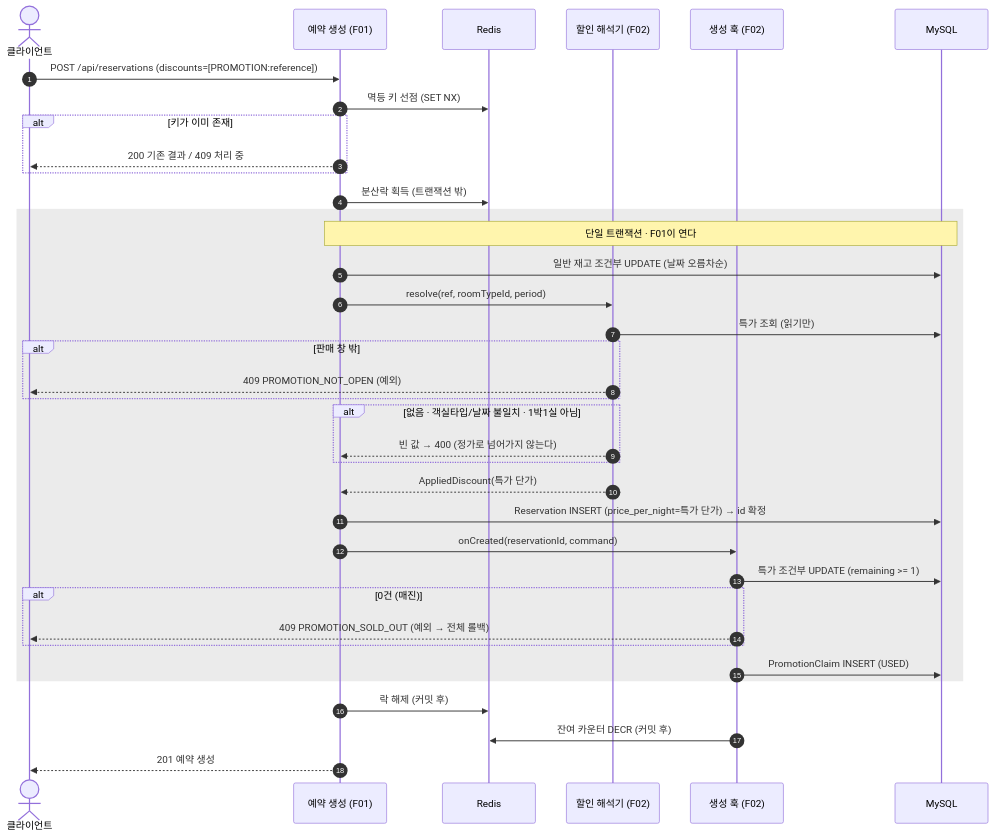
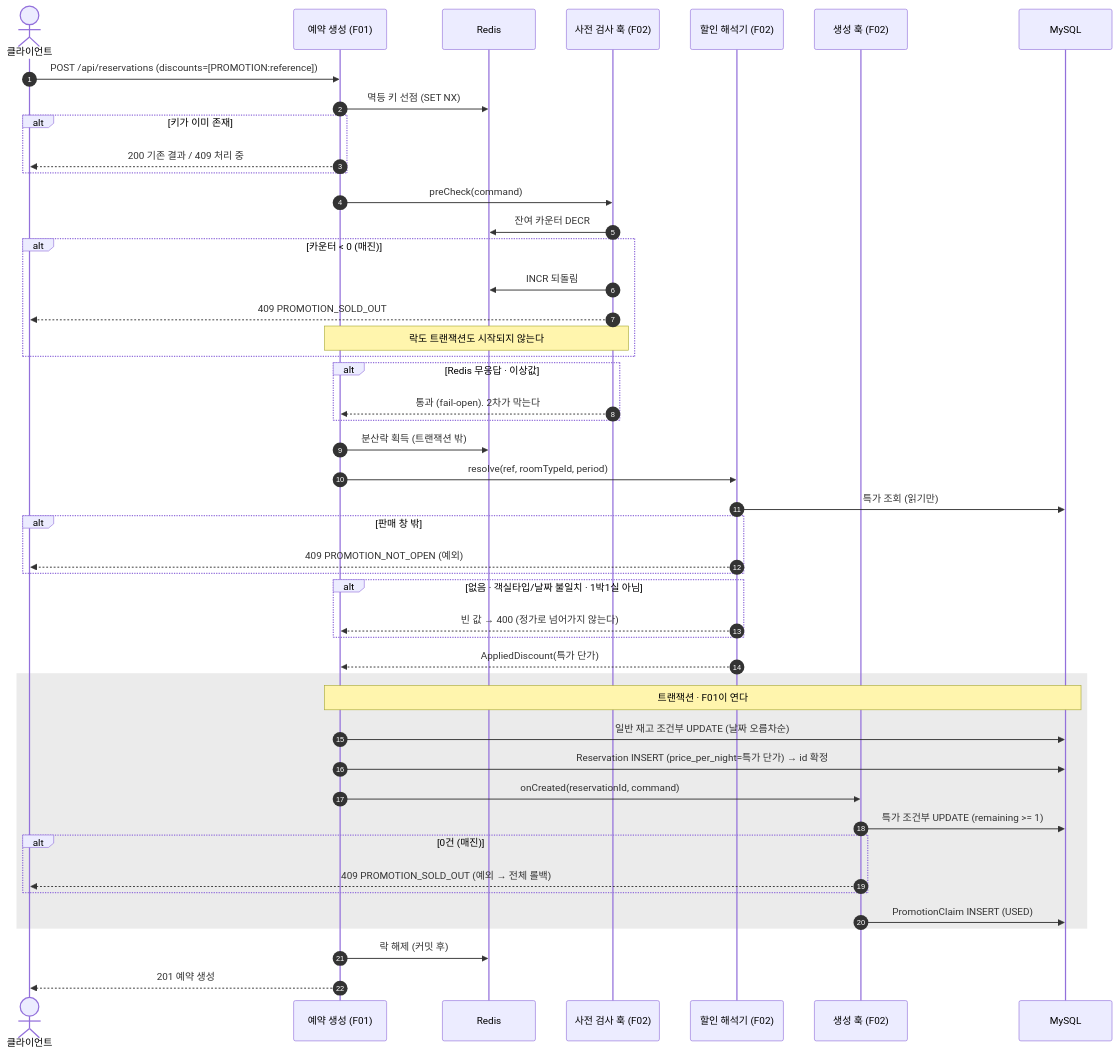
Before and after one commit to Diocto/pms: the fourth of 5 diagrams in docs/spec/F02-선착순-프로모션.md, drawn with Mermaid. The commit also changed other lines of this file and 1 other file, not shown here.

````diff
--- a/docs/spec/F02-선착순-프로모션.md
+++ b/docs/spec/F02-선착순-프로모션.md
@@ -413,40 +448,50 @@
 ```mermaid
 sequenceDiagram
     autonumber
     actor C as 클라이언트
     participant F1 as 예약 생성 (F01)
     participant R as Redis
+    participant PC as 사전 검사 훅 (F02)
     participant RS as 할인 해석기 (F02)
     participant H as 생성 훅 (F02)
     participant DB as MySQL
 
     C->>F1: POST /api/reservations (discounts=[PROMOTION:reference])
     F1->>R: 멱등 키 선점 (SET NX)
     alt 키가 이미 존재
         F1-->>C: 200 기존 결과 / 409 처리 중
     end
+    F1->>PC: preCheck(command)
+    PC->>R: 잔여 카운터 DECR
+    alt 카운터 < 0 (매진)
+        PC->>R: INCR 되돌림
+        PC-->>C: 409 PROMOTION_SOLD_OUT
+        note over PC,F1: 락도 트랜잭션도 시작되지 않는다
+    end
+    alt Redis 무응답 · 이상값
+        PC-->>F1: 통과 (fail-open). 2차가 막는다
+    end
     F1->>R: 분산락 획득 (트랜잭션 밖)
+    F1->>RS: resolve(ref, roomTypeId, period)
+    RS->>DB: 특가 조회 (읽기만)
+    alt 판매 창 밖
+        RS-->>C: 409 PROMOTION_NOT_OPEN (예외)
+    end
+    alt 없음 · 객실타입/날짜 불일치 · 1박1실 아님
+        RS-->>F1: 빈 값 → 400 (정가로 넘어가지 않는다)
+    end
+    RS-->>F1: AppliedDiscount(특가 단가)
     rect rgb(235, 235, 235)
-        note over F1,DB: 단일 트랜잭션 · F01이 연다
+        note over F1,DB: 트랜잭션 · F01이 연다
         F1->>DB: 일반 재고 조건부 UPDATE (날짜 오름차순)
-        F1->>RS: resolve(ref, roomTypeId, period)
-        RS->>DB: 특가 조회 (읽기만)
-        alt 판매 창 밖
-            RS-->>C: 409 PROMOTION_NOT_OPEN (예외)
-        end
-        alt 없음 · 객실타입/날짜 불일치 · 1박1실 아님
-            RS-->>F1: 빈 값 → 400 (정가로 넘어가지 않는다)
-        end
-        RS-->>F1: AppliedDiscount(특가 단가)
         F1->>DB: Reservation INSERT (price_per_night=특가 단가) → id 확정
         F1->>H: onCreated(reservationId, command)
         H->>DB: 특가 조건부 UPDATE (remaining >= 1)
         alt 0건 (매진)
             H-->>C: 409 PROMOTION_SOLD_OUT (예외 → 전체 롤백)
         end
         H->>DB: PromotionClaim INSERT (USED)
     end
     F1->>R: 락 해제 (커밋 후)
-    H->>R: 잔여 카운터 DECR (커밋 후)
     F1-->>C: 201 예약 생성
 ```
````
